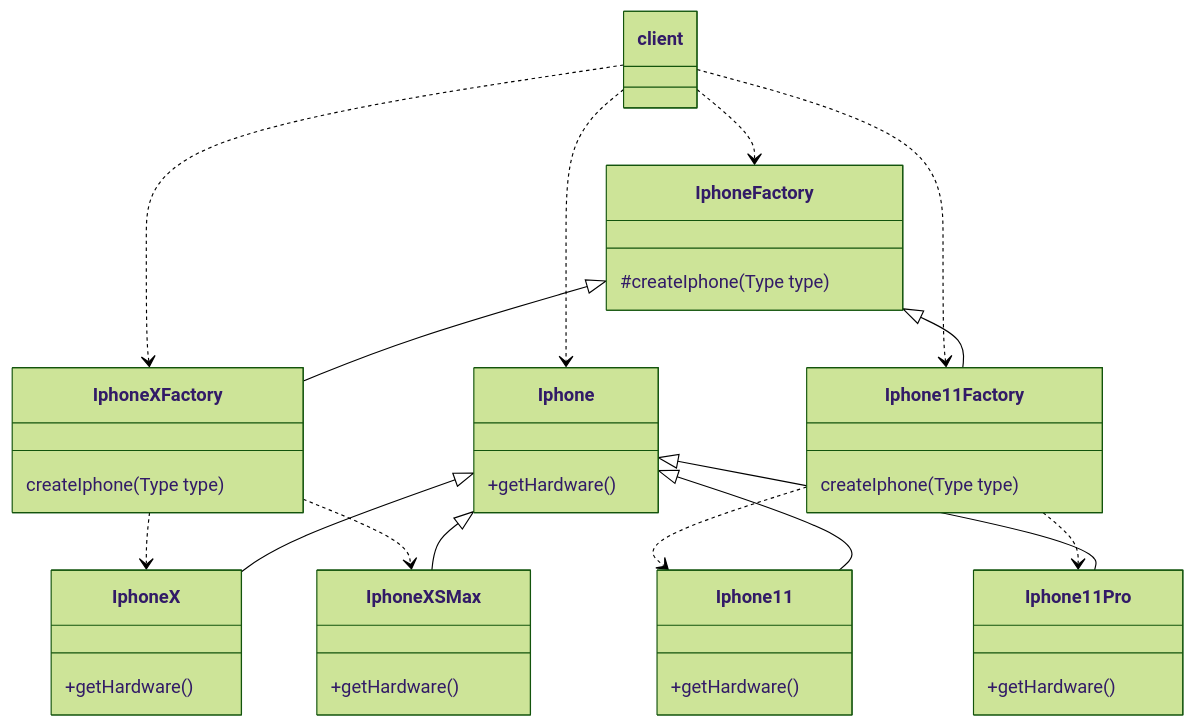
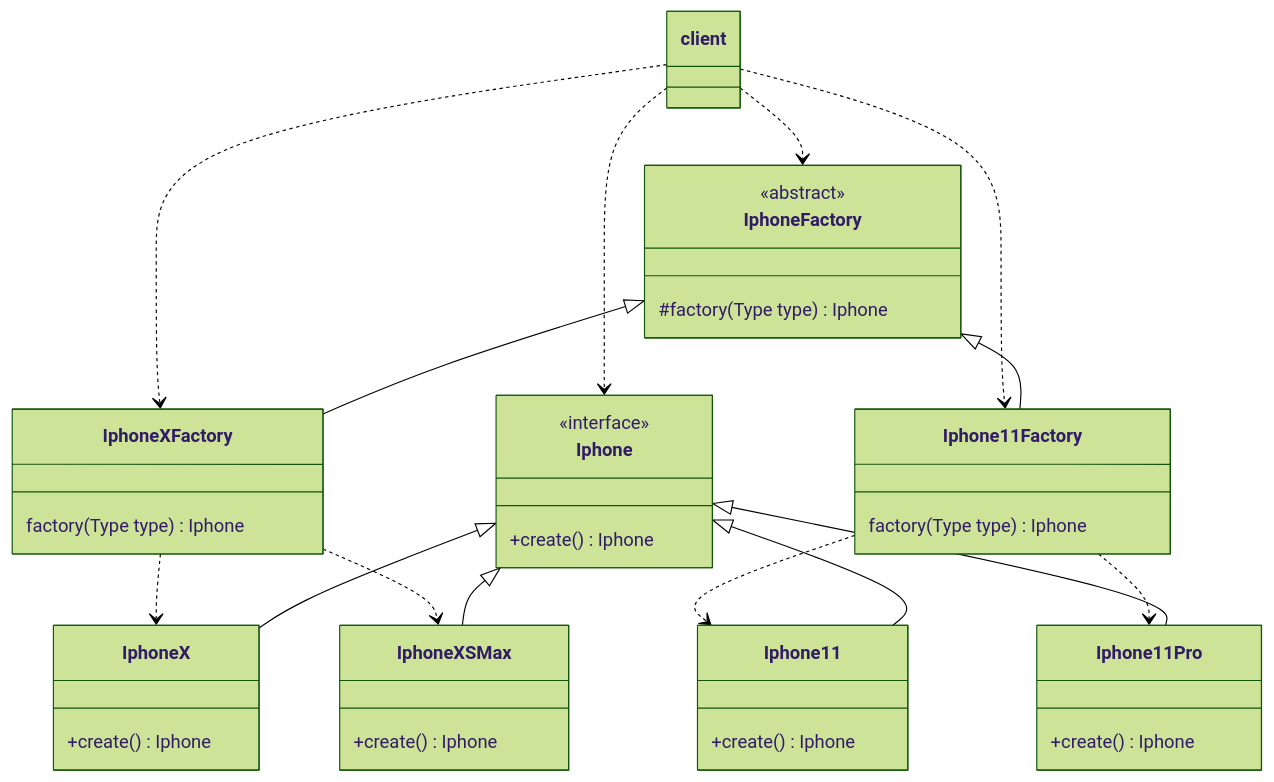
Before and after one commit to bcmes/design-patterns: the third of 4 diagrams in README.md, drawn with Mermaid (forest theme). The commit also changed other lines of this file, not shown here.

Commit message:
study factory method

````diff
--- a/README.md
+++ b/README.md
@@ -71,25 +74,31 @@
 ```mermaid
 classDiagram
 client ..> IphoneFactory
 client ..> IphoneXFactory
 client ..> Iphone11Factory
 client ..> Iphone
 IphoneFactory <|-- IphoneXFactory
 IphoneFactory <|-- Iphone11Factory
 IphoneXFactory ..> IphoneX
 IphoneXFactory ..> IphoneXSMax
 Iphone11Factory ..> Iphone11
 Iphone11Factory ..> Iphone11Pro
 Iphone <|-- IphoneX
 Iphone <|-- IphoneXSMax
 Iphone <|-- Iphone11
 Iphone <|-- Iphone11Pro
-IphoneFactory: #createIphone(Type type)
-IphoneXFactory: createIphone(Type type)
-Iphone11Factory: createIphone(Type type)
-Iphone: +getHardware()
-IphoneX: +getHardware()
-IphoneXSMax: +getHardware()
-Iphone11: +getHardware()
-Iphone11Pro: +getHardware()
+class IphoneFactory{
+<<abstract>>
+#factory(Type type) Iphone
+}
+IphoneXFactory: factory(Type type) Iphone
+Iphone11Factory: factory(Type type) Iphone
+class Iphone{
+<<interface>>
++create() Iphone
+}
+IphoneX:  +create() Iphone
+IphoneXSMax:  +create() Iphone
+Iphone11:  +create() Iphone
+Iphone11Pro:  +create() Iphone
 ```
````
